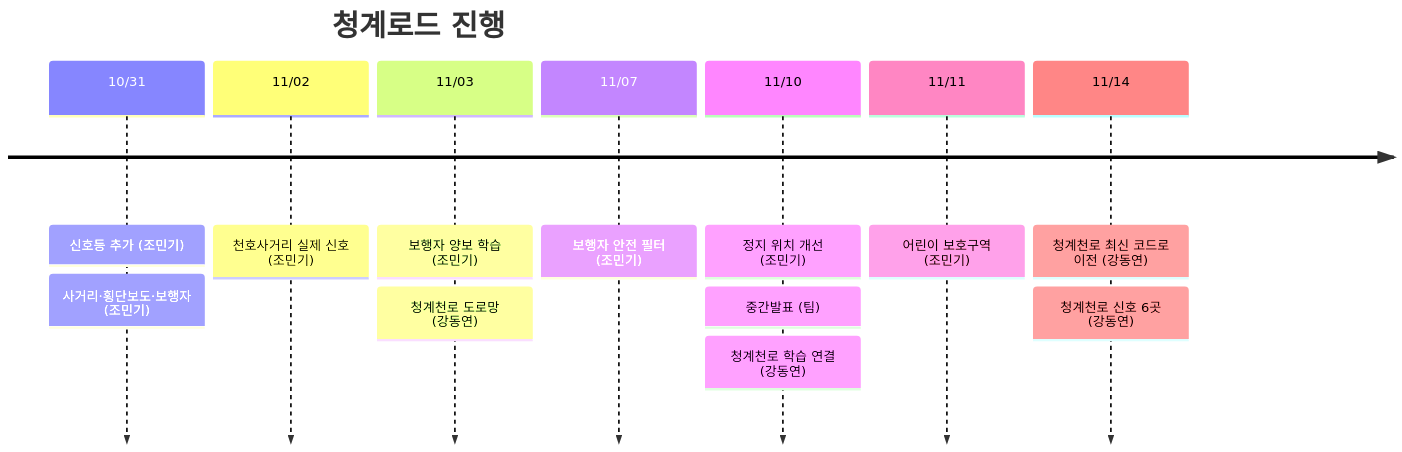
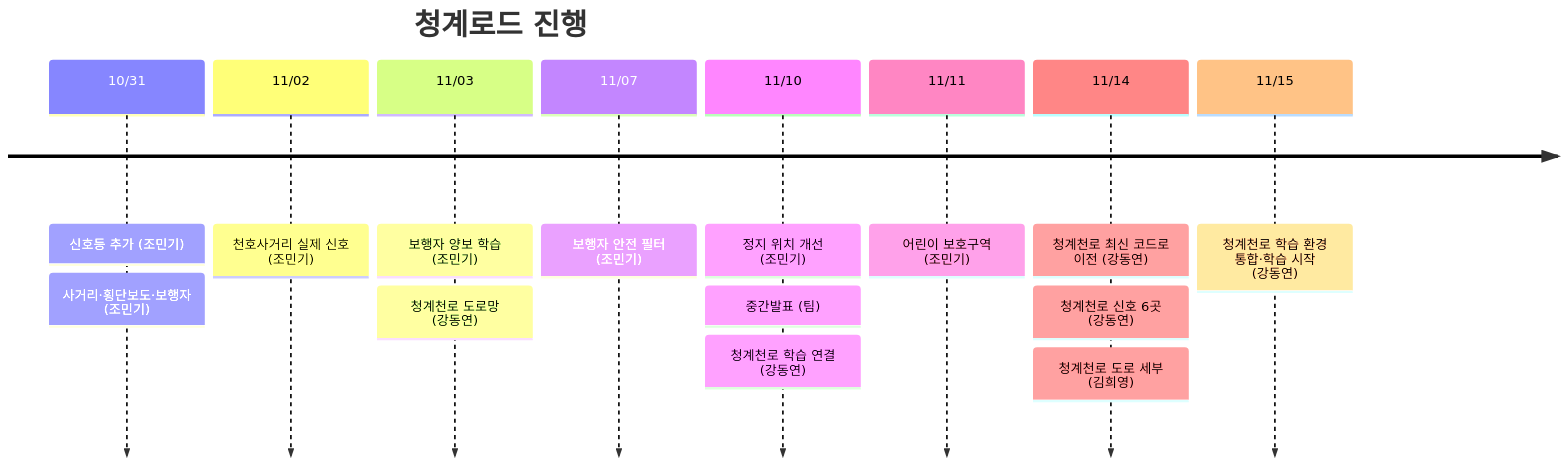
The diagram in docs/README.md (TranserZ/Artificial-Intelligence-and-Control-for-Autonomous-Driving), drawn with Mermaid before and after one commit. The commit also changed other lines of this file and 1 other file, not shown here.

Commit message:
docs: 청계천로 학습 환경 통합 보고서 (11/15)

````diff
--- a/docs/README.md
+++ b/docs/README.md
@@ -31,11 +33,12 @@
 ```mermaid
 timeline
     title 청계로드 진행
     10/31 : 신호등 추가 (조민기) : 사거리·횡단보도·보행자 (조민기)
     11/02 : 천호사거리 실제 신호 (조민기)
     11/03 : 보행자 양보 학습 (조민기) : 청계천로 도로망 (강동연)
     11/07 : 보행자 안전 필터 (조민기)
     11/10 : 정지 위치 개선 (조민기) : 중간발표 (팀) : 청계천로 학습 연결 (강동연)
     11/11 : 어린이 보호구역 (조민기)
-    11/14 : 청계천로 최신 코드로 이전 (강동연) : 청계천로 신호 6곳 (강동연)
+    11/14 : 청계천로 최신 코드로 이전 (강동연) : 청계천로 신호 6곳 (강동연) : 청계천로 도로 세부 (김희영)
+    11/15 : 청계천로 학습 환경 통합·학습 시작 (강동연)
 ```
````
